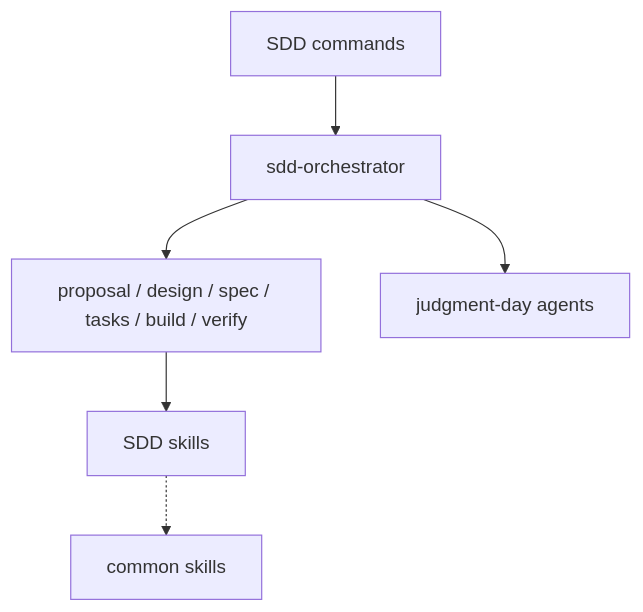
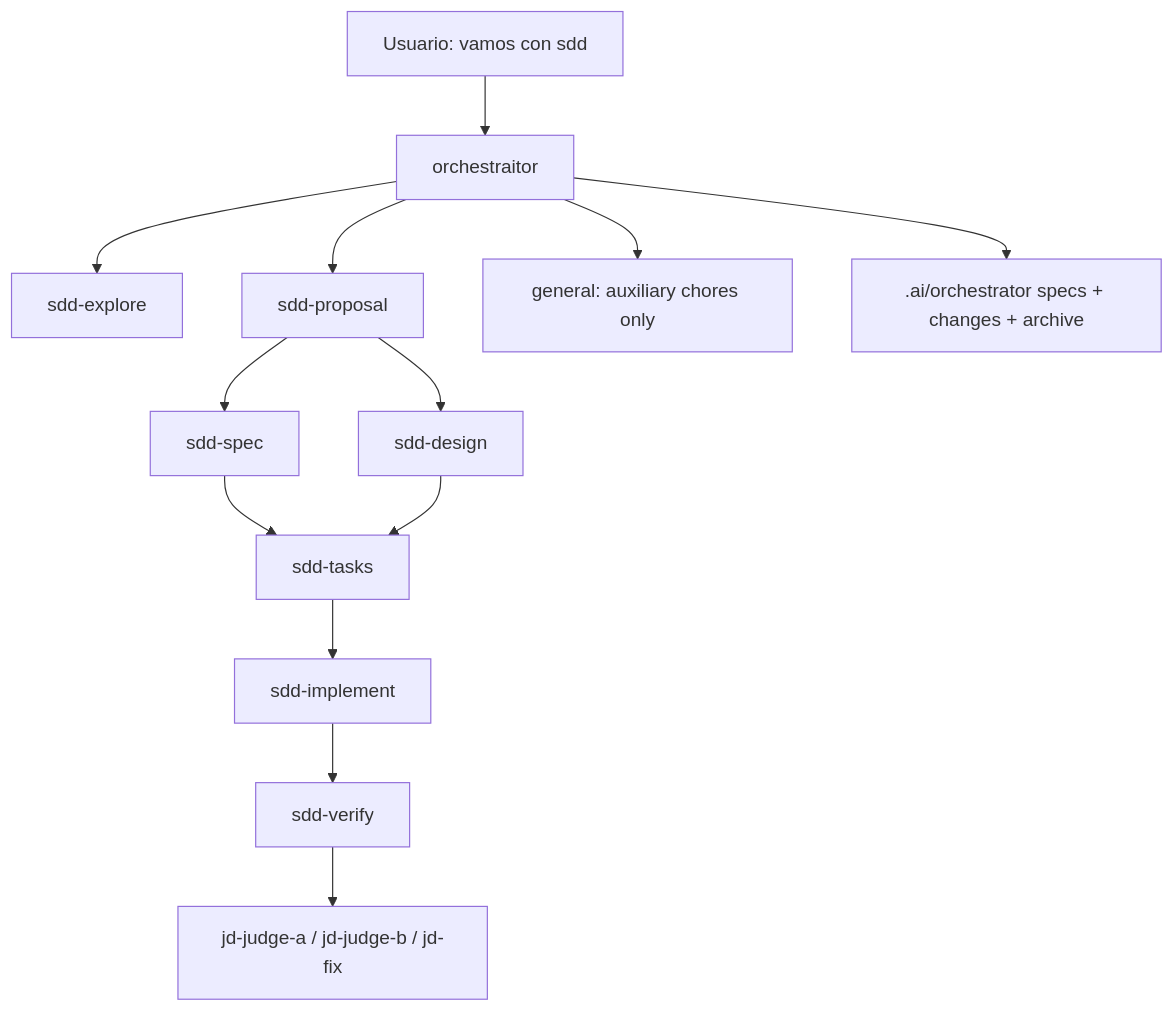
The diagram in domains/sdd/README.md (andresnator/agents-orchestrator), drawn with Mermaid before and after one commit. The commit also changed other lines of this file and 89 other files, not shown here.

````diff
--- a/domains/sdd/README.md
+++ b/domains/sdd/README.md
@@ -9,8 +16,15 @@
 ```mermaid
 graph TD
-  commands[SDD commands] --> orchestrator[sdd-orchestrator]
-  orchestrator --> lifecycle[proposal / design / spec / tasks / build / verify]
-  lifecycle --> skills[SDD skills]
-  orchestrator --> jd[judgment-day agents]
-  skills -.-> common[common skills]
+  user[Usuario: vamos con sdd] --> orch[orchestraitor]
+  orch --> explore[sdd-explore]
+  orch --> proposal[sdd-proposal]
+  proposal --> spec[sdd-spec]
+  proposal --> design[sdd-design]
+  spec --> tasks[sdd-tasks]
+  design --> tasks
+  tasks --> implement[sdd-implement]
+  implement --> verify[sdd-verify]
+  verify --> jd[jd-judge-a / jd-judge-b / jd-fix]
+  orch --> aux[general: auxiliary chores only]
+  orch --> files[.ai/orchestrator specs + changes + archive]
 ```
````
